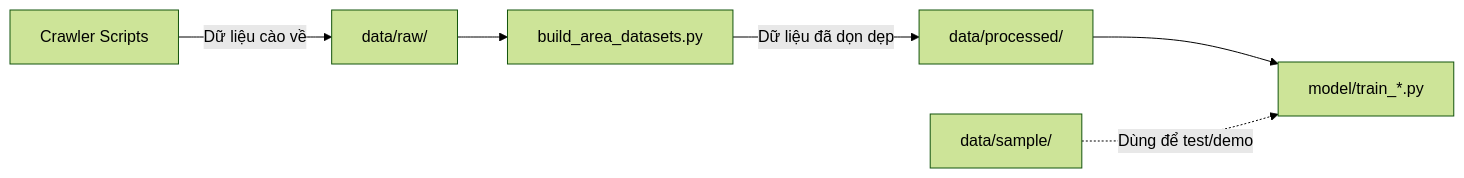
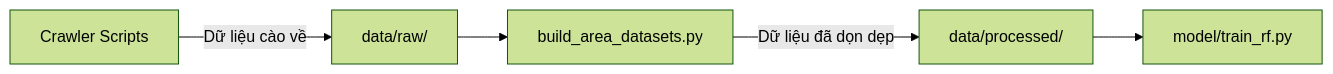
Before and after one commit to uit-25730067-chithanh/AI002-Team22-DT10: the diagram in data/README.md, drawn with Mermaid (forest theme). The commit also changed other lines of this file and 26 other files, not shown here.

````diff
--- a/data/README.md
+++ b/data/README.md
@@ -14,9 +14,7 @@
 ```mermaid
 graph LR
     Crawler["Crawler Scripts"] -->|Dữ liệu cào về| Raw["data/raw/"]
     Raw --> Builder["build_area_datasets.py"]
     Builder -->|Dữ liệu đã dọn dẹp| Processed["data/processed/"]
-    Processed --> Train["model/train_*.py"]
-    
-    Sample["data/sample/"] -.->|Dùng để test/demo| Train
+    Processed --> Train["model/train_rf.py"]
 ```
````
